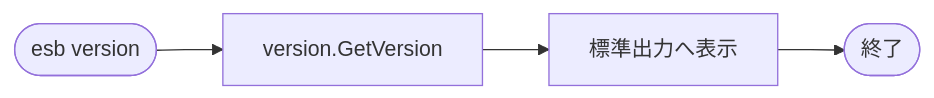
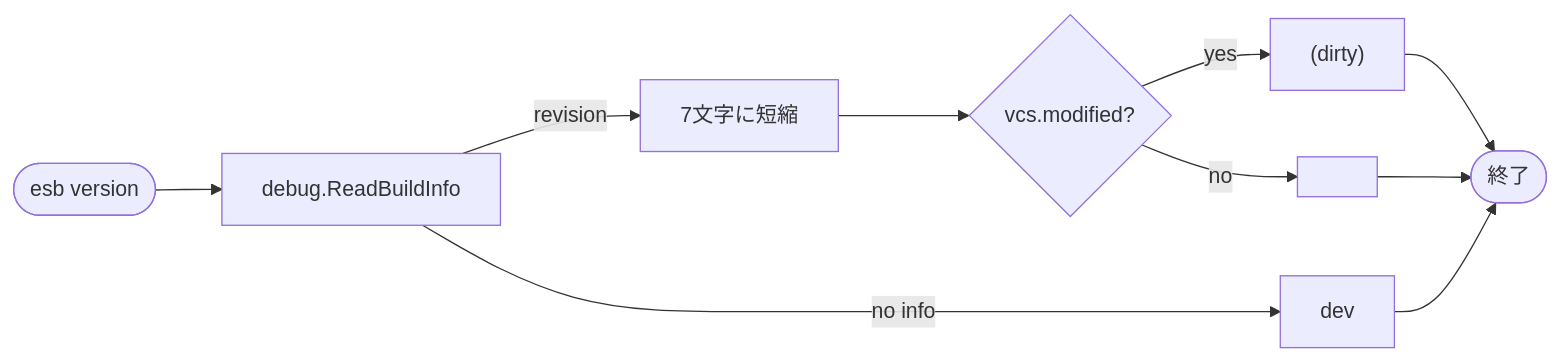
Before and after one commit to poruru-code/esb-cli: the diagram in docs/version.md, drawn with Mermaid. The commit also changed other lines of this file and 6 other files, not shown here.

````diff
--- a/docs/version.md
+++ b/docs/version.md
@@ -21,6 +21,12 @@
 ```mermaid
 flowchart LR
-    Start([esb version]) --> GetVer[version.GetVersion]
-    GetVer --> Print[標準出力へ表示]
-    Print --> End([終了])
+    Start([esb version]) --> ReadInfo[debug.ReadBuildInfo]
+    ReadInfo -->|no info| Dev["dev"]
+    ReadInfo -->|revision| Shorten[7文字に短縮]
+    Shorten --> Dirty{vcs.modified?}
+    Dirty -->|yes| PrintDirty["<rev> (dirty)"]
+    Dirty -->|no| Print["<rev>"]
+    PrintDirty --> End([終了])
+    Print --> End
+    Dev --> End
 ```
````
